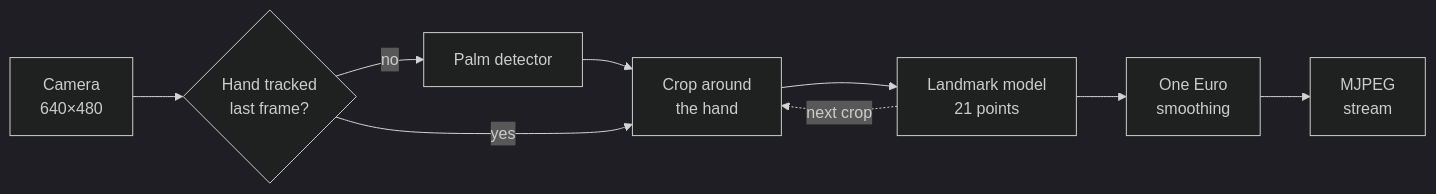
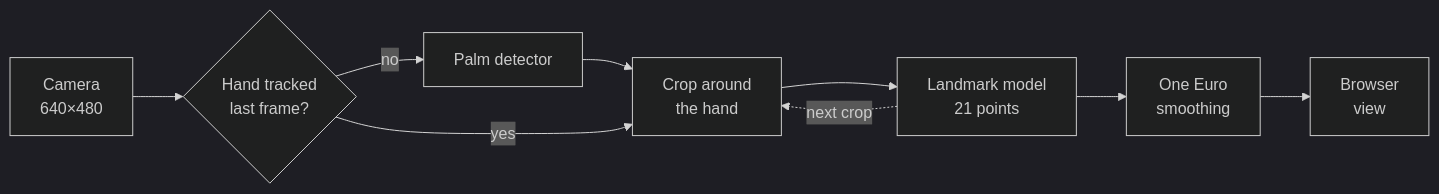
The diagram in README.md (darragh0/pi-virtual-whiteboard), drawn with Mermaid (dark theme) before and after one commit. The commit also changed 3 other files, not shown here.

````diff
--- a/README.md
+++ b/README.md
@@ -41,8 +41,8 @@
 ```mermaid
 flowchart LR
     cam[Camera<br>640×480] --> tracked{Hand tracked<br>last frame?}
     tracked -- no --> palm[Palm detector] --> crop
     tracked -- yes --> crop[Crop around<br>the hand]
-    crop --> lm[Landmark model<br>21 points] --> smooth[One Euro<br>smoothing] --> stream[MJPEG<br>stream]
+    crop --> lm[Landmark model<br>21 points] --> smooth[One Euro<br>smoothing] --> stream[Browser<br>view]
     lm -. next crop .-> crop
 ```
````
